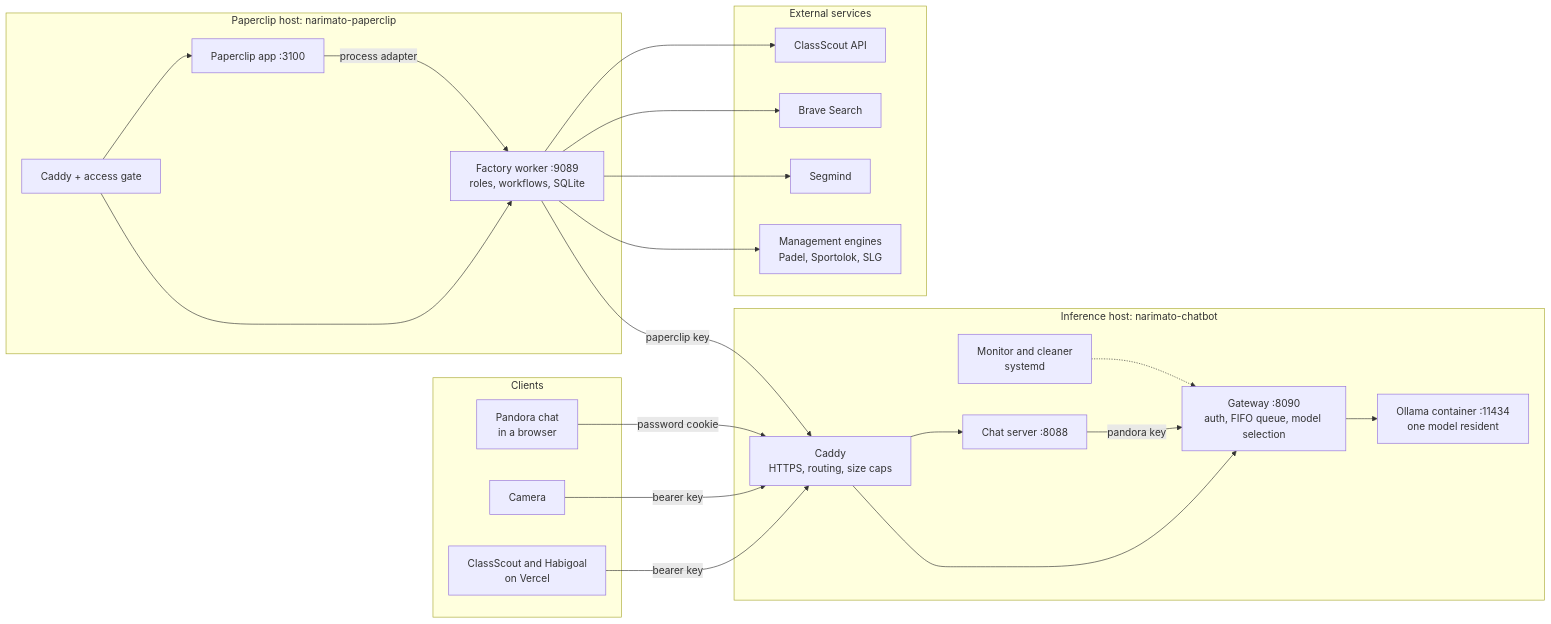
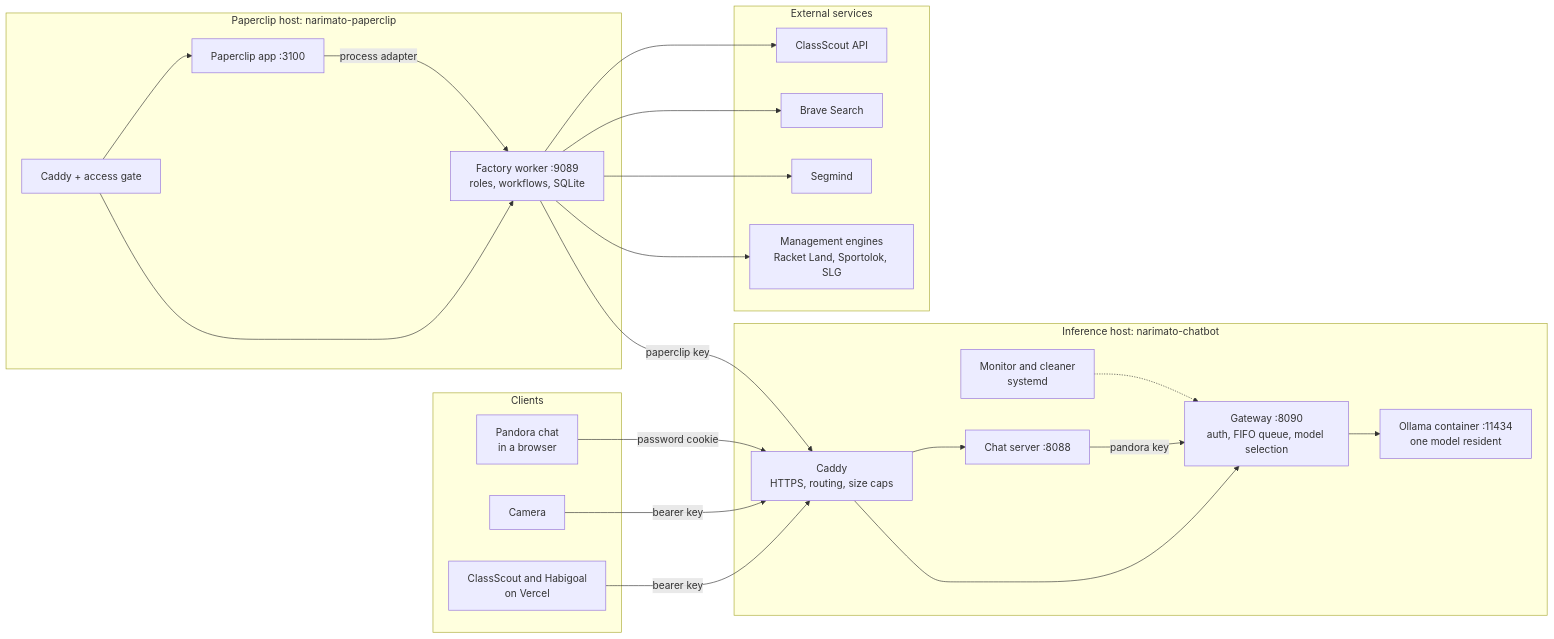
Before and after one commit to moldovancsaba/hetzner-nano-server: the first of 4 diagrams in docs/ARCHITECTURE.md, drawn with Mermaid. The commit also changed other lines of this file and 8 other files, not shown here.

````diff
--- a/docs/ARCHITECTURE.md
+++ b/docs/ARCHITECTURE.md
@@ -11,42 +11,42 @@
 ```mermaid
 flowchart LR
   subgraph clients [Clients]
     CS[ClassScout and Habigoal<br/>on Vercel]
     CAM[Camera]
     PAN[Pandora chat<br/>in a browser]
   end
   subgraph inference [Inference host: narimato-chatbot]
     CADDY[Caddy<br/>HTTPS, routing, size caps]
     GW[Gateway :8090<br/>auth, FIFO queue, model selection]
     CHAT[Chat server :8088]
     OLL[Ollama container :11434<br/>one model resident]
     MON[Monitor and cleaner<br/>systemd]
   end
   subgraph paperclip [Paperclip host: narimato-paperclip]
     PCADDY[Caddy + access gate]
     PC[Paperclip app :3100]
     FAC[Factory worker :9089<br/>roles, workflows, SQLite]
   end
   subgraph external [External services]
     CSAPI[ClassScout API]
     BRAVE[Brave Search]
     SEG[Segmind]
-    ENG[Management engines<br/>Padel, Sportolok, SLG]
+    ENG[Management engines<br/>Racket Land, Sportolok, SLG]
   end
   CS -->|bearer key| CADDY
   CAM -->|bearer key| CADDY
   PAN -->|password cookie| CADDY
   CADDY --> GW
   CADDY --> CHAT
   CHAT -->|pandora key| GW
   GW --> OLL
   MON -.-> GW
   PCADDY --> PC
   PCADDY --> FAC
   PC -->|process adapter| FAC
   FAC -->|paperclip key| CADDY
   FAC --> CSAPI
   FAC --> BRAVE
   FAC --> SEG
   FAC --> ENG
 ```
````
